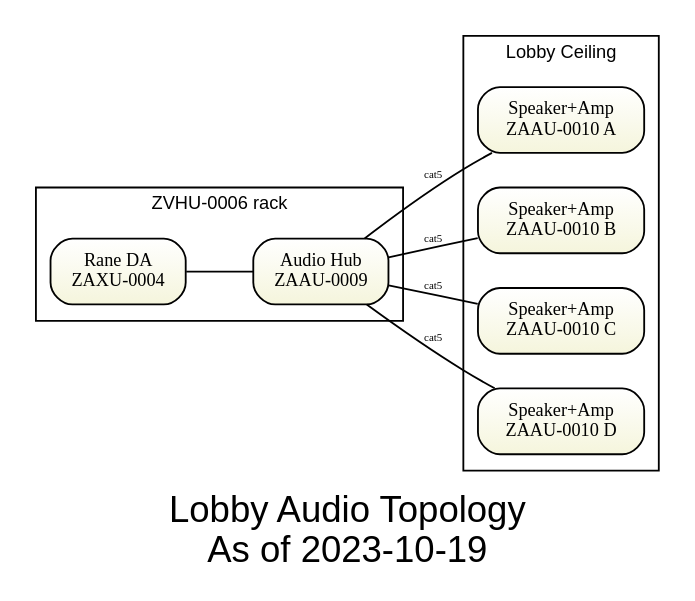
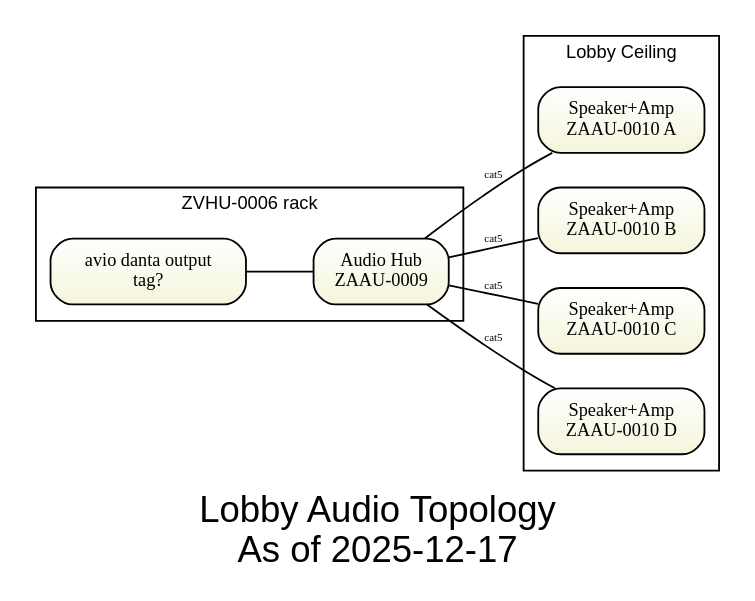
The diagram in gv/sda-output-lobby.gv (avmaint/uactechdoc), drawn with Graphviz before and after one commit.

Commit message:
changed lobby diagram to dante config

```diff
--- a/gv/sda-output-lobby.gv
+++ b/gv/sda-output-lobby.gv
@@ -1,31 +1,31 @@
 graph output_lobby { 
 	fontsize = 20
-	label="Lobby Audio Topology\nAs of 2023-10-19" 
+	label="Lobby Audio Topology\nAs of 2025-12-17" 
 	fontname = Helvetica  bgcolor=white  rankdir=LR
     
 node [shape = Mrecord style=filled
 	fillcolor="white:beige"  
 	fontsize = 10
     gradientangle=270   ]
   
 subgraph cluster_rack { 
 	label="ZVHU-0006 rack"
 	fontsize=10
     tooltip="Front desk Rack"
-        zaxu0004 [label="Rane DA\nZAXU-0004"]                       
+        aviolobby [label="avio danta output\ntag?"]                       
         zaau0009 [label="{Audio Hub\nZAAU-0009}", 
                   tooltip="Stuart"]
 } // end of cluster_rack
 
 subgraph cluster_lobby {
 	label="Lobby Ceiling" 
 	fontsize=10
 	zaau0010A  [label="Speaker+Amp\nZAAU-0010 A", tooltip="Speaker"]
 	zaau0010B  [label="Speaker+Amp\nZAAU-0010 B", tooltip="Speaker"]
 	zaau0010C  [label="Speaker+Amp\nZAAU-0010 C", tooltip="Speaker"]
 	zaau0010D  [label="Speaker+Amp\nZAAU-0010 D", tooltip="Speaker"]
 } // end of cluster lobby
  
-zaxu0004 -- zaau0009  
+aviolobby -- zaau0009  
 zaau0009 -- {zaau0010A zaau0010B zaau0010C zaau0010D} [label="cat5" fontsize=6]
 } 
```
